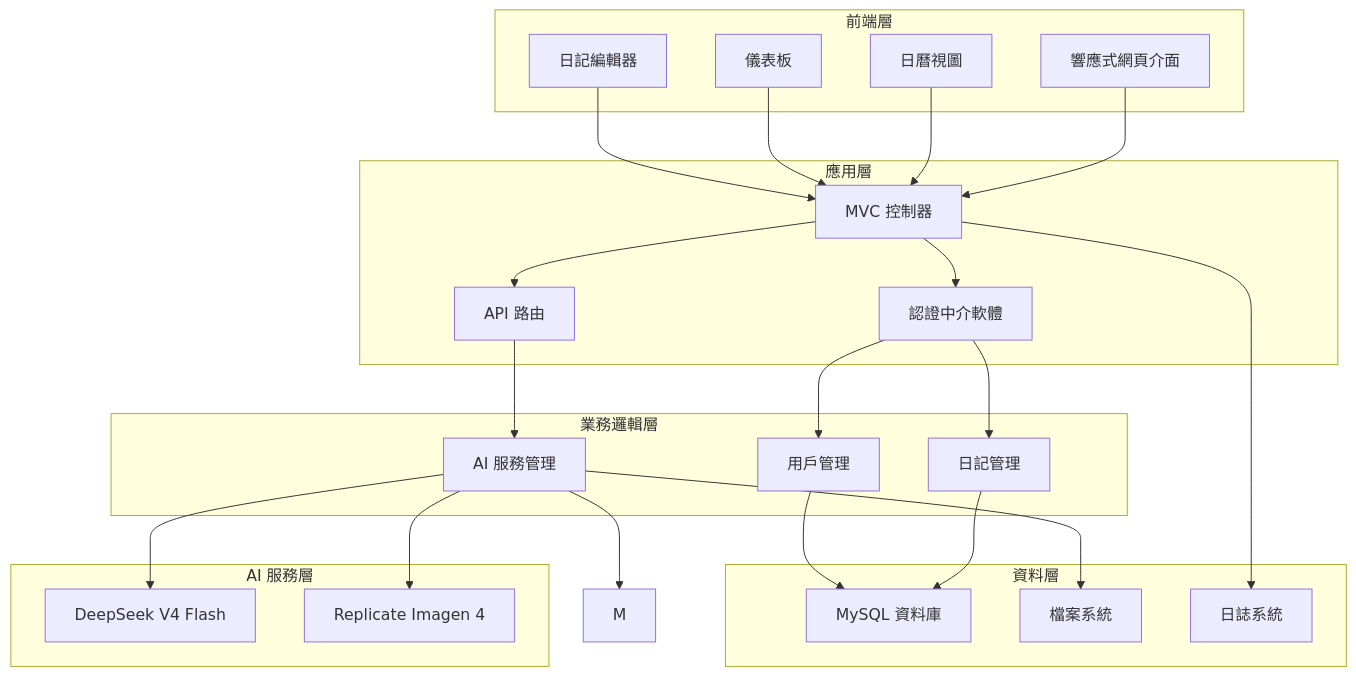
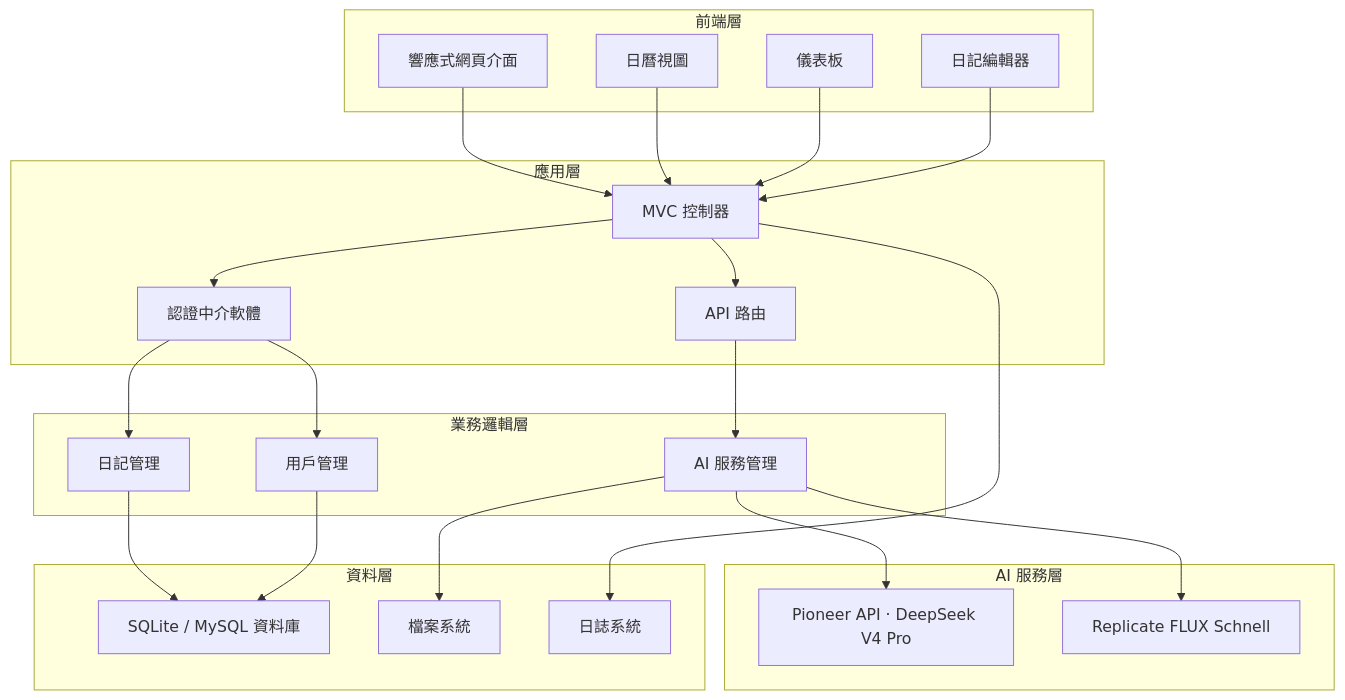
Before and after one commit to BB5566/MoodCanvas: the first of 2 diagrams in README.md, drawn with Mermaid. The commit also changed other lines of this file, not shown here.

First line of the commit message:
README 拿掉範本佔位、修好架構圖、技術說明對齊程式碼 (#61)

````diff
--- a/README.md
+++ b/README.md
@@ -63,49 +64,48 @@
 ```mermaid
 graph TB
     subgraph "前端層"
         A[響應式網頁介面]
         B[日曆視圖]
         C[儀表板]
         D[日記編輯器]
     end
 
     subgraph "應用層"
         E[MVC 控制器]
         F[認證中介軟體]
         G[API 路由]
     end
 
     subgraph "業務邏輯層"
         H[日記管理]
         I[用戶管理]
         J[AI 服務管理]
     end
 
     subgraph "AI 服務層"
-        K[DeepSeek V4 Flash]
-        L[Replicate Imagen 4]
+        K[Pioneer API · DeepSeek V4 Pro]
+        L[Replicate FLUX Schnell]
     end
 
     subgraph "資料層"
-        N[MySQL 資料庫]
+        N[SQLite / MySQL 資料庫]
         O[檔案系統]
         P[日誌系統]
     end
 
     A --> E
     B --> E
     C --> E
     D --> E
     E --> F
     E --> G
     F --> H
     F --> I
     G --> J
     J --> K
     J --> L
-    J --> M
     H --> N
     I --> N
     J --> O
     E --> P
 ```
````
